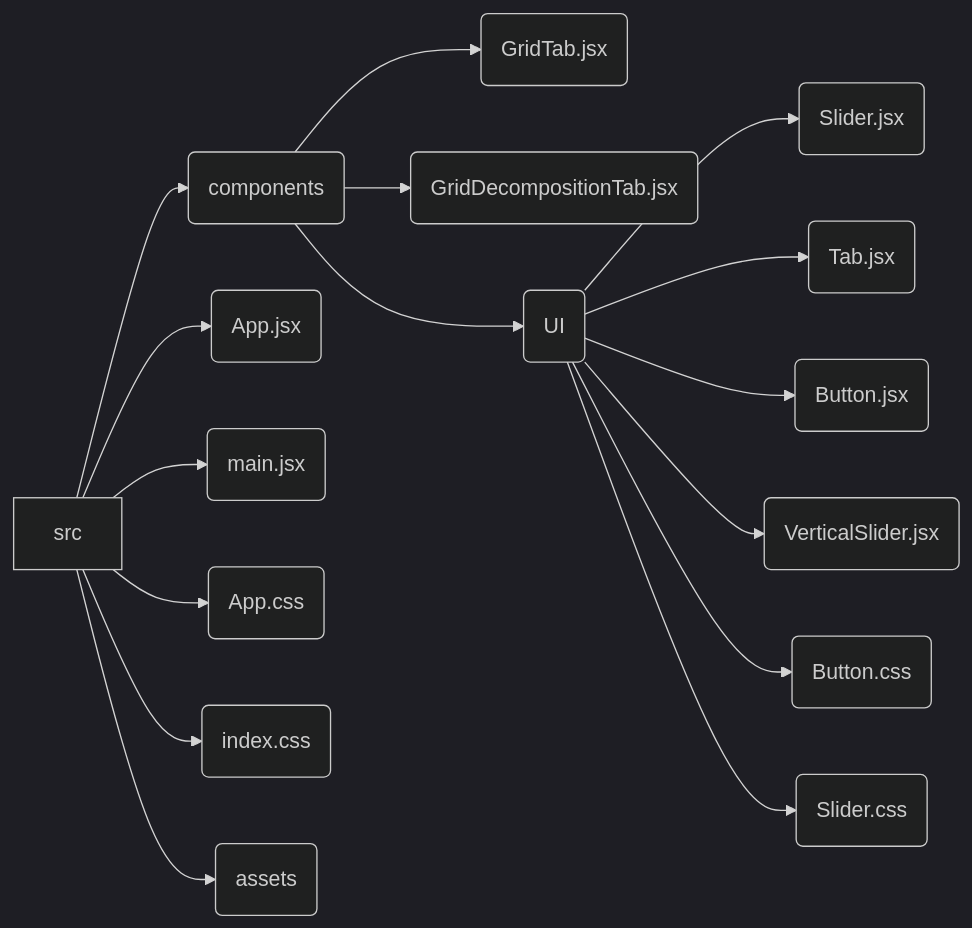
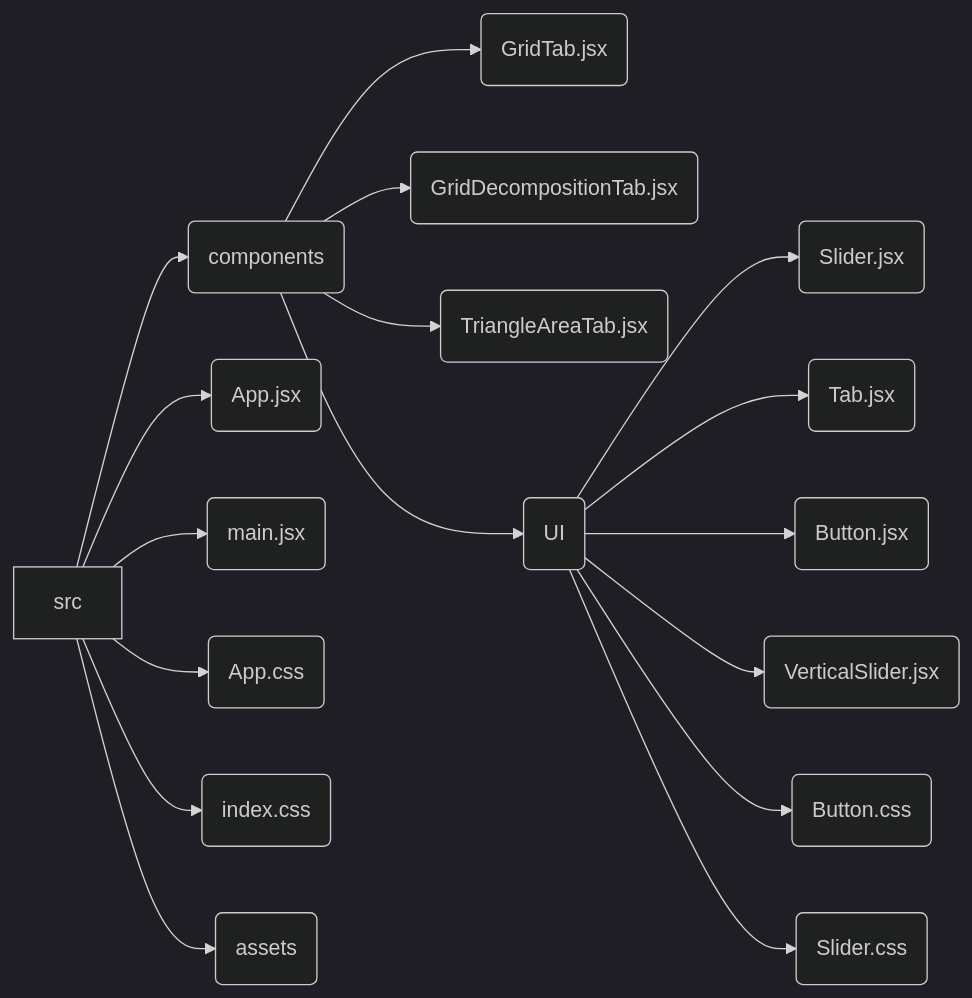
One commit to 2dice/multiply-visualizer changed the diagram in RooDocs/design.md. Above: the diagram before and after it, drawn with Mermaid (dark theme). The commit also changed other lines of this file and 8 other files, not shown here.

````diff
--- a/RooDocs/design.md
+++ b/RooDocs/design.md
@@ -134,18 +110,19 @@
 ```mermaid
 graph LR
     A[src] --> B(components);
     A --> C(App.jsx);
     A --> D(main.jsx);
     A --> E(App.css);
     A --> F(index.css);
     A --> G(assets);
     B --> H(GridTab.jsx);
     B --> I(GridDecompositionTab.jsx);
+    B --> T(TriangleAreaTab.jsx);
     B --> J(UI);
     J --> K(Slider.jsx);
     J --> L(Tab.jsx);
     J --> M(Button.jsx);
     J --> N(VerticalSlider.jsx);
     J --> O(Button.css);
     J --> P(Slider.css);
 ```
````
